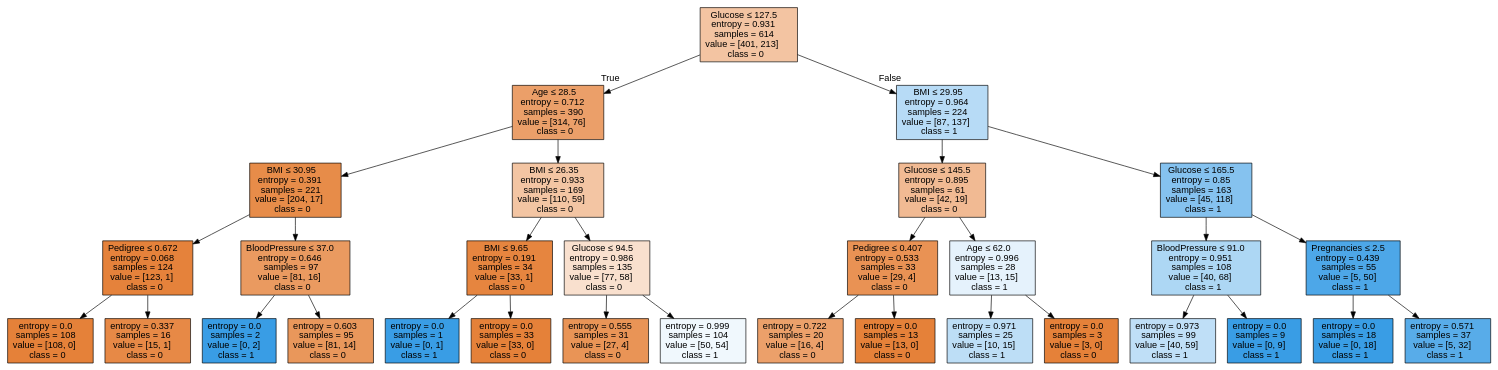
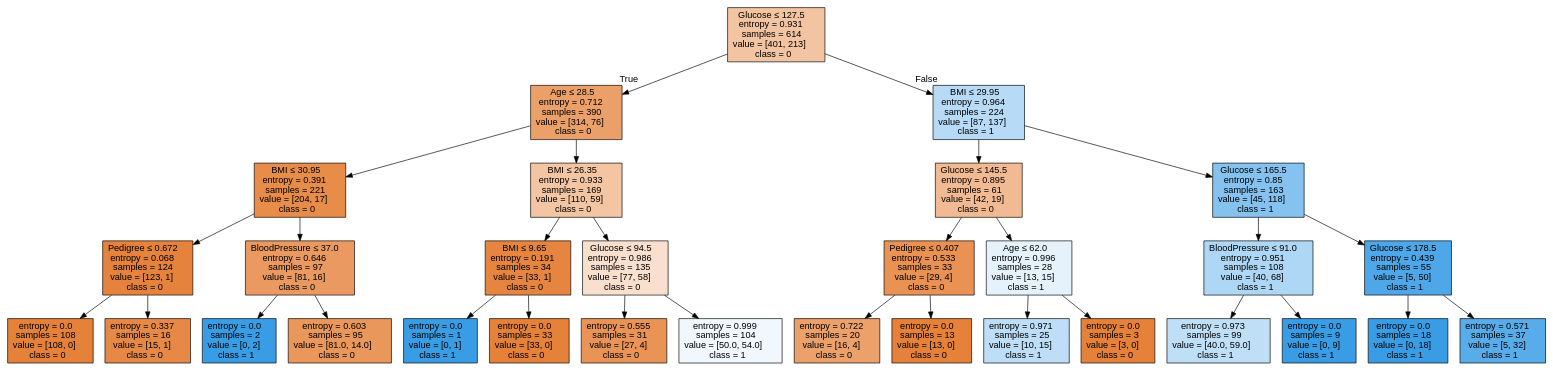
Before and after one commit to LandinGabriel13/Classification_of_diabetes_and_drugs_by_Decision_Tree_model: the diagram in Images/tree.dot, drawn with Graphviz. The commit also changed 5 other files, not shown here.

```diff
--- a/Images/tree.dot
+++ b/Images/tree.dot
@@ -1,65 +1,65 @@
 digraph Tree {
 node [shape=box, style="filled", color="black", fontname="helvetica"] ;
 edge [fontname="helvetica"] ;
 0 [label=<Glucose &le; 127.5<br/>entropy = 0.931<br/>samples = 614<br/>value = [401, 213]<br/>class = 0>, fillcolor="#f3c4a2"] ;
 1 [label=<Age &le; 28.5<br/>entropy = 0.712<br/>samples = 390<br/>value = [314, 76]<br/>class = 0>, fillcolor="#eb9f69"] ;
 0 -> 1 [labeldistance=2.5, labelangle=45, headlabel="True"] ;
 2 [label=<BMI &le; 30.95<br/>entropy = 0.391<br/>samples = 221<br/>value = [204, 17]<br/>class = 0>, fillcolor="#e78c49"] ;
 1 -> 2 ;
 3 [label=<Pedigree &le; 0.672<br/>entropy = 0.068<br/>samples = 124<br/>value = [123, 1]<br/>class = 0>, fillcolor="#e5823b"] ;
 2 -> 3 ;
 4 [label=<entropy = 0.0<br/>samples = 108<br/>value = [108, 0]<br/>class = 0>, fillcolor="#e58139"] ;
 3 -> 4 ;
 5 [label=<entropy = 0.337<br/>samples = 16<br/>value = [15, 1]<br/>class = 0>, fillcolor="#e78946"] ;
 3 -> 5 ;
 6 [label=<BloodPressure &le; 37.0<br/>entropy = 0.646<br/>samples = 97<br/>value = [81, 16]<br/>class = 0>, fillcolor="#ea9a60"] ;
 2 -> 6 ;
 7 [label=<entropy = 0.0<br/>samples = 2<br/>value = [0, 2]<br/>class = 1>, fillcolor="#399de5"] ;
 6 -> 7 ;
-8 [label=<entropy = 0.603<br/>samples = 95<br/>value = [81, 14]<br/>class = 0>, fillcolor="#e9975b"] ;
+8 [label=<entropy = 0.603<br/>samples = 95<br/>value = [81.0, 14.0]<br/>class = 0>, fillcolor="#e9975b"] ;
 6 -> 8 ;
 9 [label=<BMI &le; 26.35<br/>entropy = 0.933<br/>samples = 169<br/>value = [110, 59]<br/>class = 0>, fillcolor="#f3c5a3"] ;
 1 -> 9 ;
 10 [label=<BMI &le; 9.65<br/>entropy = 0.191<br/>samples = 34<br/>value = [33, 1]<br/>class = 0>, fillcolor="#e6853f"] ;
 9 -> 10 ;
 11 [label=<entropy = 0.0<br/>samples = 1<br/>value = [0, 1]<br/>class = 1>, fillcolor="#399de5"] ;
 10 -> 11 ;
 12 [label=<entropy = 0.0<br/>samples = 33<br/>value = [33, 0]<br/>class = 0>, fillcolor="#e58139"] ;
 10 -> 12 ;
 13 [label=<Glucose &le; 94.5<br/>entropy = 0.986<br/>samples = 135<br/>value = [77, 58]<br/>class = 0>, fillcolor="#f9e0ce"] ;
 9 -> 13 ;
 14 [label=<entropy = 0.555<br/>samples = 31<br/>value = [27, 4]<br/>class = 0>, fillcolor="#e99456"] ;
 13 -> 14 ;
-15 [label=<entropy = 0.999<br/>samples = 104<br/>value = [50, 54]<br/>class = 1>, fillcolor="#f0f8fd"] ;
+15 [label=<entropy = 0.999<br/>samples = 104<br/>value = [50.0, 54.0]<br/>class = 1>, fillcolor="#f0f8fd"] ;
 13 -> 15 ;
 16 [label=<BMI &le; 29.95<br/>entropy = 0.964<br/>samples = 224<br/>value = [87, 137]<br/>class = 1>, fillcolor="#b7dbf6"] ;
 0 -> 16 [labeldistance=2.5, labelangle=-45, headlabel="False"] ;
 17 [label=<Glucose &le; 145.5<br/>entropy = 0.895<br/>samples = 61<br/>value = [42, 19]<br/>class = 0>, fillcolor="#f1ba93"] ;
 16 -> 17 ;
 18 [label=<Pedigree &le; 0.407<br/>entropy = 0.533<br/>samples = 33<br/>value = [29, 4]<br/>class = 0>, fillcolor="#e99254"] ;
 17 -> 18 ;
 19 [label=<entropy = 0.722<br/>samples = 20<br/>value = [16, 4]<br/>class = 0>, fillcolor="#eca06a"] ;
 18 -> 19 ;
 20 [label=<entropy = 0.0<br/>samples = 13<br/>value = [13, 0]<br/>class = 0>, fillcolor="#e58139"] ;
 18 -> 20 ;
 21 [label=<Age &le; 62.0<br/>entropy = 0.996<br/>samples = 28<br/>value = [13, 15]<br/>class = 1>, fillcolor="#e5f2fc"] ;
 17 -> 21 ;
 22 [label=<entropy = 0.971<br/>samples = 25<br/>value = [10, 15]<br/>class = 1>, fillcolor="#bddef6"] ;
 21 -> 22 ;
 23 [label=<entropy = 0.0<br/>samples = 3<br/>value = [3, 0]<br/>class = 0>, fillcolor="#e58139"] ;
 21 -> 23 ;
 24 [label=<Glucose &le; 165.5<br/>entropy = 0.85<br/>samples = 163<br/>value = [45, 118]<br/>class = 1>, fillcolor="#85c2ef"] ;
 16 -> 24 ;
 25 [label=<BloodPressure &le; 91.0<br/>entropy = 0.951<br/>samples = 108<br/>value = [40, 68]<br/>class = 1>, fillcolor="#add7f4"] ;
 24 -> 25 ;
-26 [label=<entropy = 0.973<br/>samples = 99<br/>value = [40, 59]<br/>class = 1>, fillcolor="#bfdff7"] ;
+26 [label=<entropy = 0.973<br/>samples = 99<br/>value = [40.0, 59.0]<br/>class = 1>, fillcolor="#bfdff7"] ;
 25 -> 26 ;
 27 [label=<entropy = 0.0<br/>samples = 9<br/>value = [0, 9]<br/>class = 1>, fillcolor="#399de5"] ;
 25 -> 27 ;
-28 [label=<Pregnancies &le; 2.5<br/>entropy = 0.439<br/>samples = 55<br/>value = [5, 50]<br/>class = 1>, fillcolor="#4da7e8"] ;
+28 [label=<Glucose &le; 178.5<br/>entropy = 0.439<br/>samples = 55<br/>value = [5, 50]<br/>class = 1>, fillcolor="#4da7e8"] ;
 24 -> 28 ;
 29 [label=<entropy = 0.0<br/>samples = 18<br/>value = [0, 18]<br/>class = 1>, fillcolor="#399de5"] ;
 28 -> 29 ;
 30 [label=<entropy = 0.571<br/>samples = 37<br/>value = [5, 32]<br/>class = 1>, fillcolor="#58ace9"] ;
 28 -> 30 ;
 }
```
